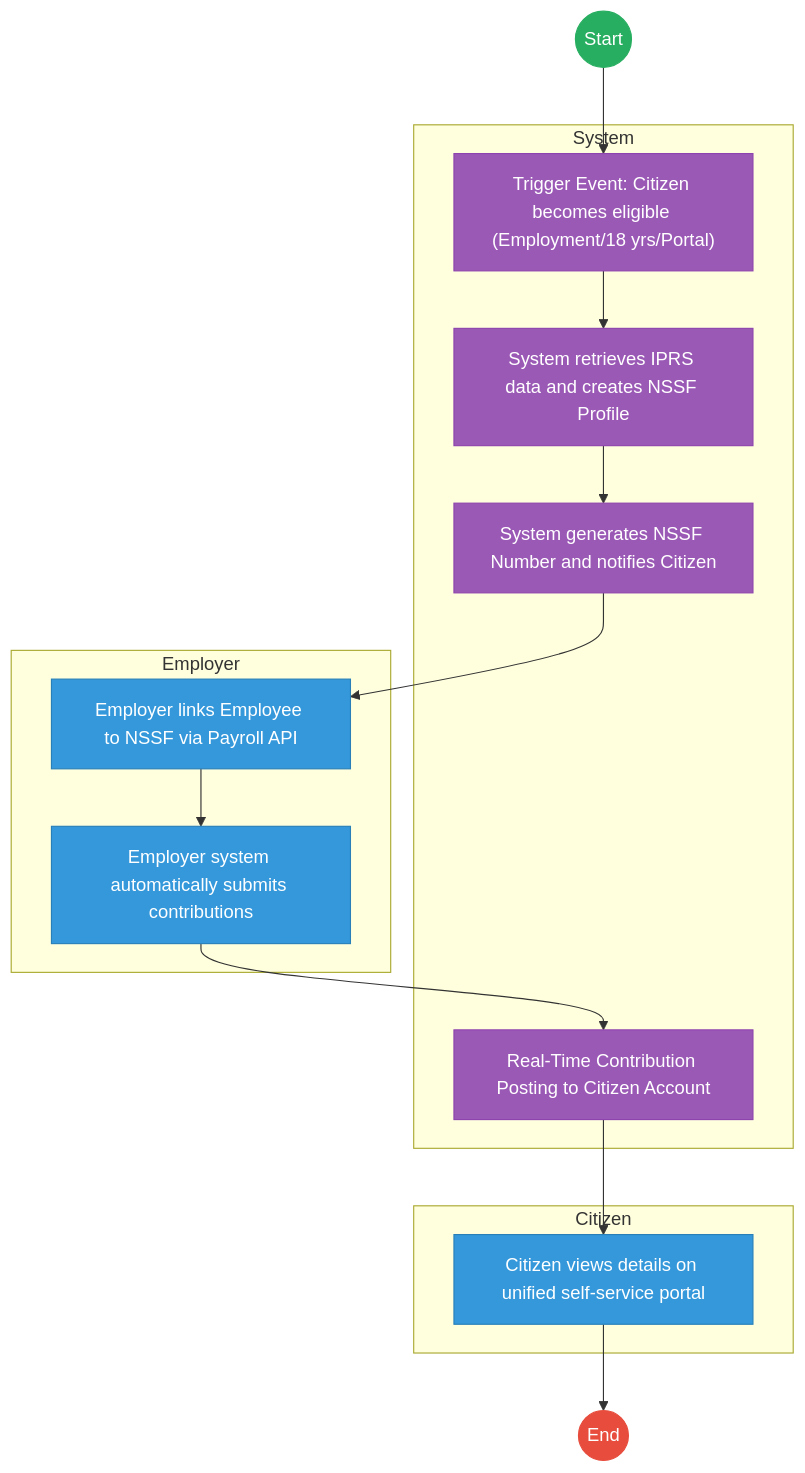
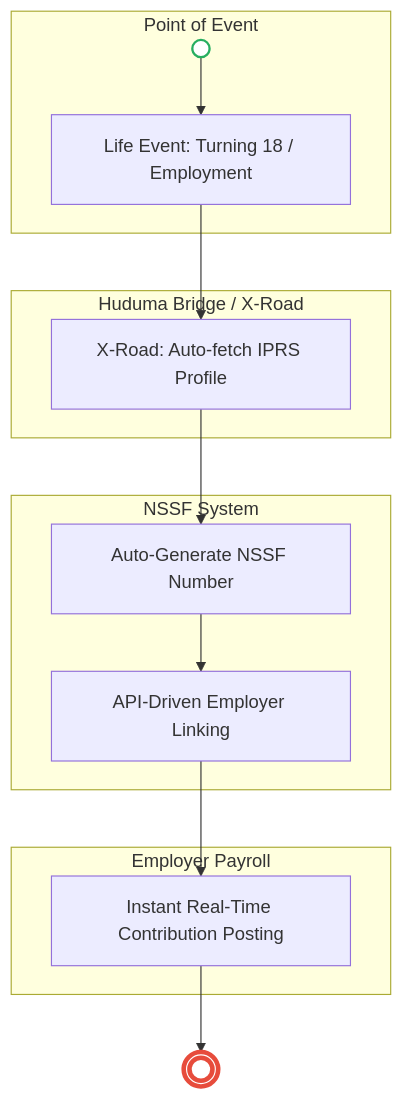
One commit to BITZ-IT-Consulting-LTD/ictapoc changed the second of 2 diagrams in mdas/docs_final/National_Social_Security_Fund___Service_Delivery.md. Above: the diagram before and after it, drawn with Mermaid. The commit also changed other lines of this file and 13 other files, not shown here.

````diff
--- a/mdas/docs_final/National_Social_Security_Fund___Service_Delivery.md
+++ b/mdas/docs_final/National_Social_Security_Fund___Service_Delivery.md
@@ -111,38 +95,24 @@
 ```mermaid
-graph TD
-    Start((Start)) --> S1
-
-    subgraph System [System]
-        S1["Trigger Event: Citizen becomes eligible (Employment/18 yrs/Portal)"]
-        S2["System retrieves IPRS data and creates NSSF Profile"]
-        S3["System generates NSSF Number and notifies Citizen"]
-        S6["Real-Time Contribution Posting to Citizen Account"]
+flowchart TD
+    subgraph Event["Point of Event"]
+        Start(( )) --> E1[Life Event: Turning 18 / Employment]
     end
 
-    subgraph Employer [Employer]
-        S4["Employer links Employee to NSSF via Payroll API"]
-        S5["Employer system automatically submits contributions"]
+    subgraph Hub["Huduma Bridge / X-Road"]
+        E1 --> H1[X-Road: Auto-fetch IPRS Profile]
     end
 
-    subgraph Citizen [Citizen]
-        S7["Citizen views details on unified self-service portal"]
+    subgraph NSSF["NSSF System"]
+        H1 --> N1[Auto-Generate NSSF Number]
+        N1 --> N2[API-Driven Employer Linking]
     end
 
-    S1 --> S2
-    S2 --> S3
-    S3 --> S4
-    S4 --> S5
-    S5 --> S6
-    S6 --> S7
-    S7 --> End((End))
+    subgraph Payroll["Employer Payroll"]
+        N2 --> P1[Instant Real-Time Contribution Posting]
+    end
 
-    classDef start fill:#27ae60,stroke:#27ae60,color:#fff;
-    classDef endNode fill:#e74c3c,stroke:#e74c3c,color:#fff;
-    classDef userTask fill:#3498db,stroke:#2980b9,color:#fff;
-    classDef serviceTask fill:#9b59b6,stroke:#8e44ad,color:#fff;
+    P1 --> End((( )))
 
-    class Start start;
-    class End endNode;
-    class S1,S2,S3,S6 serviceTask;
-    class S4,S5,S7 userTask;
+    style Start fill:#fff,stroke:#27ae60,stroke-width:2px
+    style End fill:#fff,stroke:#e74c3c,stroke-width:4px
 ```
````
